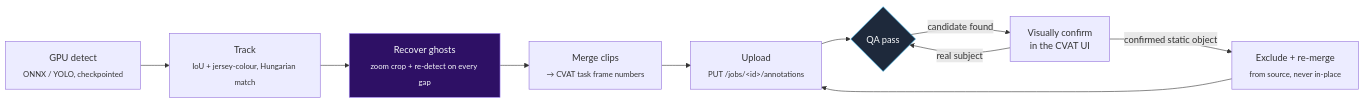
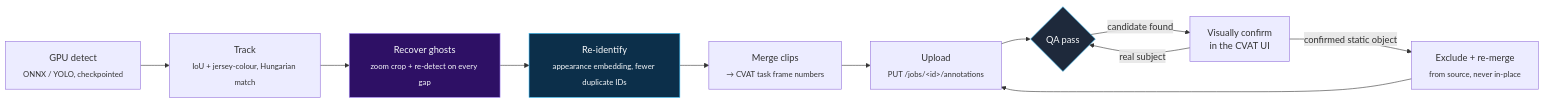
The diagram in README.md (EminSgl/fieldghost), drawn with Mermaid before and after one commit. The commit also changed other lines of this file and 6 other files, not shown here.

````diff
--- a/README.md
+++ b/README.md
@@ -40,15 +40,17 @@
 ```mermaid
 flowchart LR
     A[GPU detect<br/><sub>ONNX / YOLO, checkpointed</sub>] --> B[Track<br/><sub>IoU + jersey-colour, Hungarian match</sub>]
     B --> C[Recover ghosts<br/><sub>zoom crop + re-detect on every gap</sub>]
-    C --> D[Merge clips<br/><sub>→ CVAT task frame numbers</sub>]
+    C --> I[Re-identify<br/><sub>appearance embedding, fewer duplicate IDs</sub>]
+    I --> D[Merge clips<br/><sub>→ CVAT task frame numbers</sub>]
     D --> E[Upload<br/><sub>PUT /jobs/&lt;id&gt;/annotations</sub>]
     E --> F{QA pass}
     F -->|candidate found| G[Visually confirm<br/>in the CVAT UI]
     G -->|confirmed static object| H[Exclude + re-merge<br/><sub>from source, never in-place</sub>]
     G -->|real subject| F
     H --> E
 
     style C fill:#2e1065,stroke:#a78bfa,color:#f8fafc
+    style I fill:#0c2f4a,stroke:#38bdf8,color:#f8fafc
     style F fill:#1e293b,stroke:#38bdf8,color:#f8fafc
 ```
````
